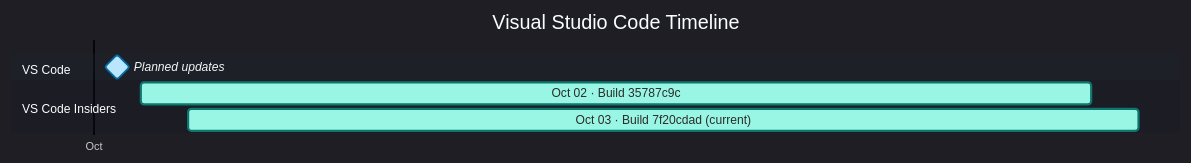
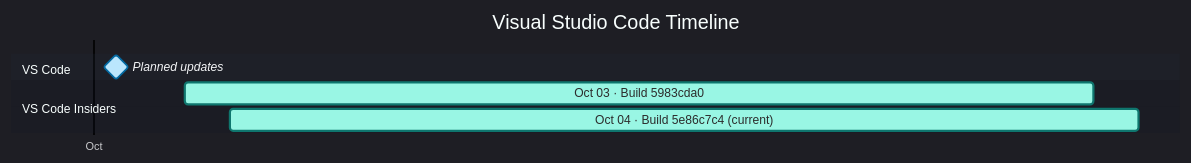
The diagram in docs/vscode.md (Oxelya-DevTools/VisualStudioUpdate), drawn with Mermaid before and after one commit. The commit also changed other lines of this file and 1 other file, not shown here.

````diff
--- a/docs/vscode.md
+++ b/docs/vscode.md
@@ -9,13 +9,13 @@
 ```mermaid
 %%{init: {'theme':'dark','themeVariables': { 'fontFamily': 'Segoe UI', 'fontSize': '24px', 'textColor': '#F3F4F6', 'titleTextColor': '#FFFFFF', 'taskTextColor': '#111827', 'taskTextLightColor': '#111827', 'taskTextOutsideColor': '#F3F4F6', 'taskBkgColor': '#BAE6FD', 'taskBorderColor': '#0369A1', 'doneTaskBkgColor': '#E9D5FF', 'doneTaskBorderColor': '#7E22CE', 'activeTaskBkgColor': '#99F6E4', 'activeTaskBorderColor': '#0F766E', 'critTaskBkgColor': '#FED7AA', 'critTaskBorderColor': '#C2410C', 'sectionBkgColor': '#1F2937', 'altSectionBkgColor': '#111827', 'gridColor': '#4B5563', 'todayLineColor': '#F87171' }}}%%
 gantt
     title Visual Studio Code Timeline
     dateFormat  YYYY-MM-DD
     axisFormat  %b
     tickInterval 1month
     section VS Code
     Planned updates : milestone, vscodeplanned, 2026-10-01, 1d
     section VS Code Insiders
-    Oct 02 · Build 35787c9c : active, vscodeinsiders202610020, 2026-10-02, 20d
-    Oct 03 · Build 7f20cdad (current) : active, vscodeinsiders202610031, 2026-10-03, 20d
+    Oct 03 · Build 5983cda0 : active, vscodeinsiders202610030, 2026-10-03, 20d
+    Oct 04 · Build 5e86c7c4 (current) : active, vscodeinsiders202610041, 2026-10-04, 20d
 ```
````
